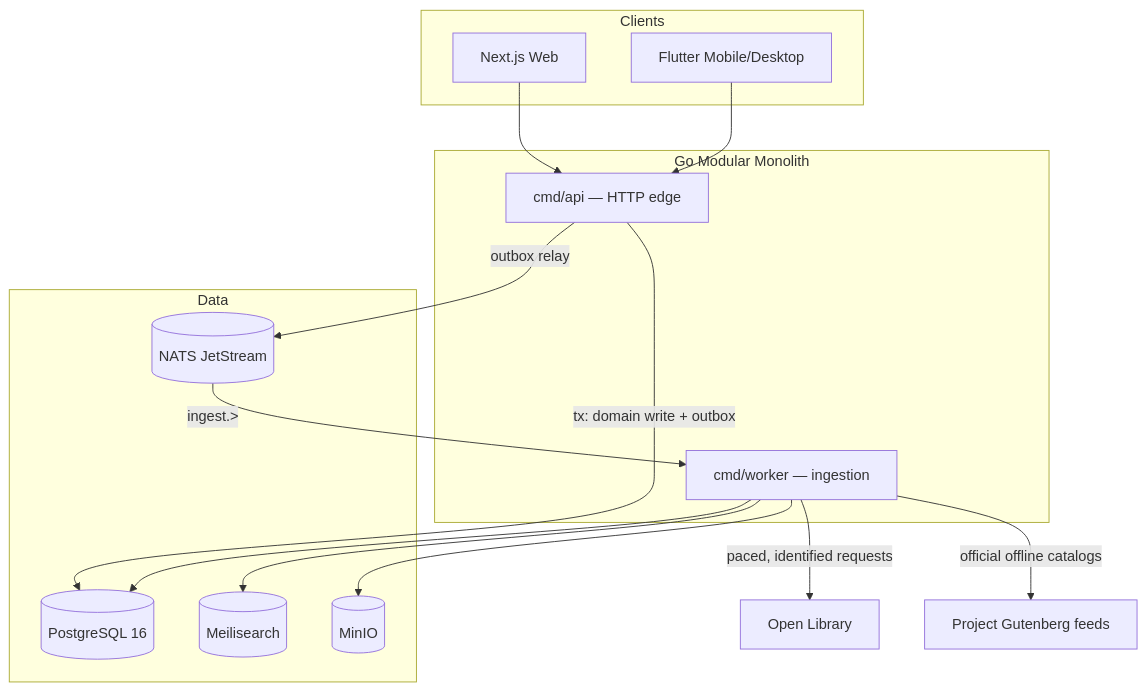
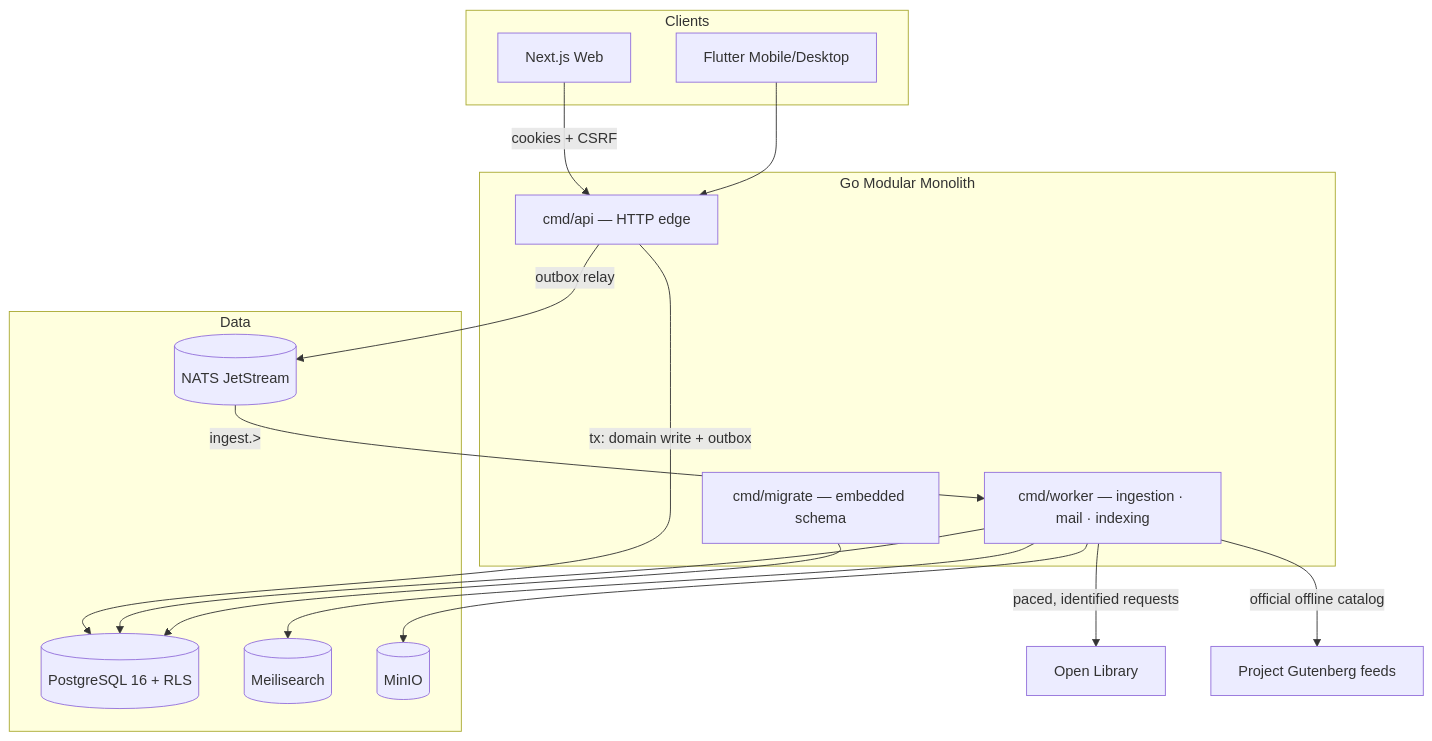
One commit to satvikndxd/Alexandria changed the diagram in README.md. Above: the diagram before and after it, drawn with Mermaid. The commit also changed other lines of this file and 76 other files, not shown here.

````diff
--- a/README.md
+++ b/README.md
@@ -32,27 +35,29 @@
 ```mermaid
 flowchart TD
     subgraph Clients
         Web[Next.js Web]
         Mobile[Flutter Mobile/Desktop]
     end
     subgraph Monolith["Go Modular Monolith"]
         API[cmd/api — HTTP edge]
-        Worker[cmd/worker — ingestion]
+        Worker[cmd/worker — ingestion · mail · indexing]
+        Migrate[cmd/migrate — embedded schema]
     end
     subgraph Data
-        PG[(PostgreSQL 16)]
+        PG[(PostgreSQL 16 + RLS)]
         NATS[(NATS JetStream)]
         Meili[(Meilisearch)]
         MinIO[(MinIO)]
     end
-    Web --> API
+    Web -->|cookies + CSRF| API
     Mobile --> API
     API -->|tx: domain write + outbox| PG
     API -->|outbox relay| NATS
     NATS -->|ingest.>| Worker
     Worker -->|paced, identified requests| OL[Open Library]
-    Worker -->|official offline catalogs| PG2[Project Gutenberg feeds]
+    Worker -->|official offline catalog| PG2[Project Gutenberg feeds]
     Worker --> PG
     Worker --> Meili
     Worker --> MinIO
+    Migrate --> PG
 ```
````
